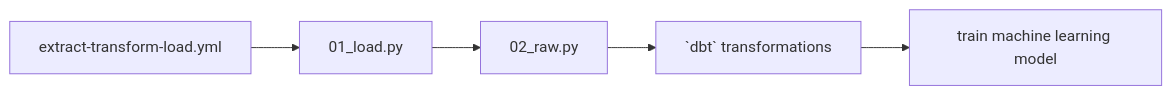
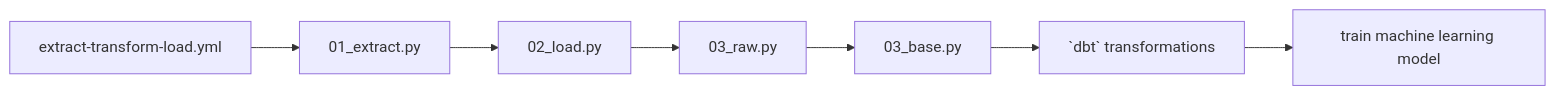
One commit to namtonthat/powerlifting-ml-progress changed the diagram in templates/README.md. Above: the diagram before and after it, drawn with Mermaid. The commit also changed 3 other files, not shown here.

````diff
--- a/templates/README.md
+++ b/templates/README.md
@@ -20,14 +20,18 @@
 ```mermaid
 graph LR
 
     A[extract-transform-load.yml]
-    B[01_load.py]
-    C[02_raw.py]
-    D[`dbt` transformations]
-    E[train machine learning model]
+    B[01_extract.py]
+    C[02_load.py]
+    D[03_raw.py]
+    E[03_base.py]
+    F[`dbt` transformations]
+    G[train machine learning model]
 
     A --> B
     B --> C
     C --> D
     D --> E
+    E --> F
+    F --> G
 ```
````
